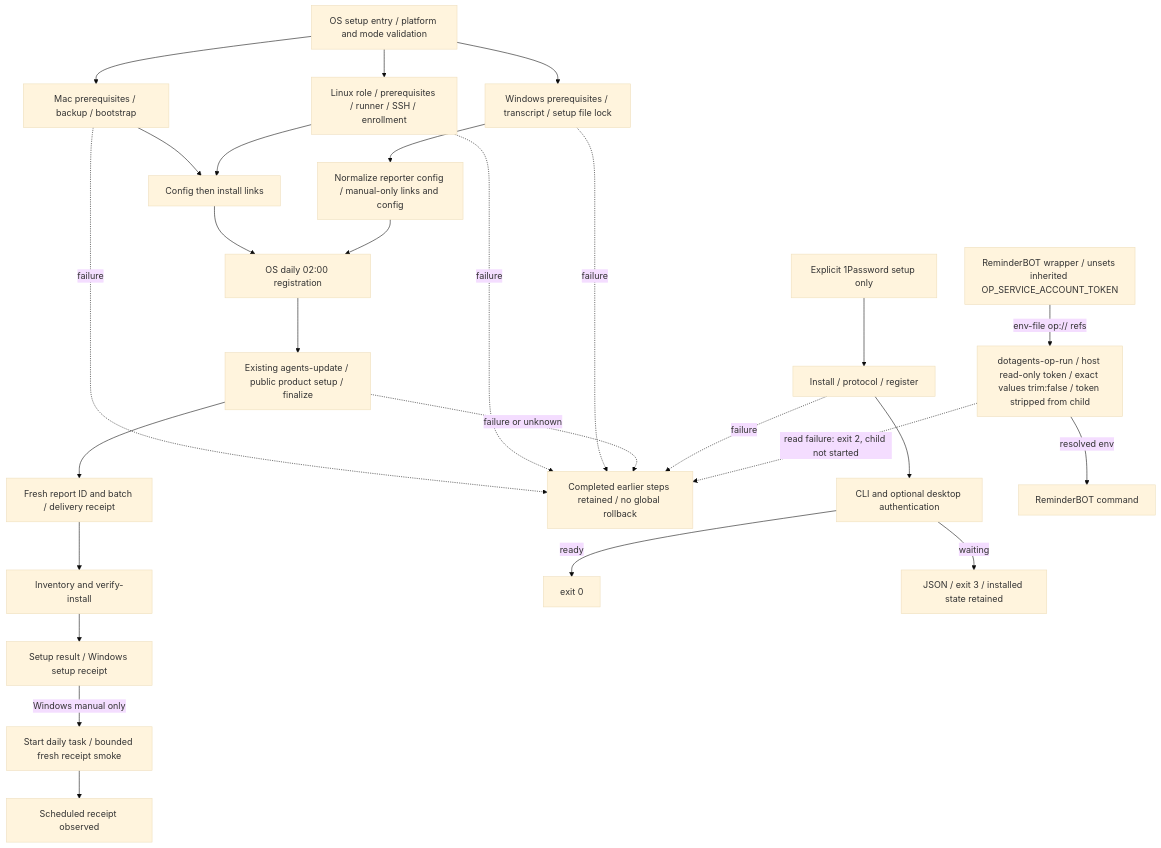
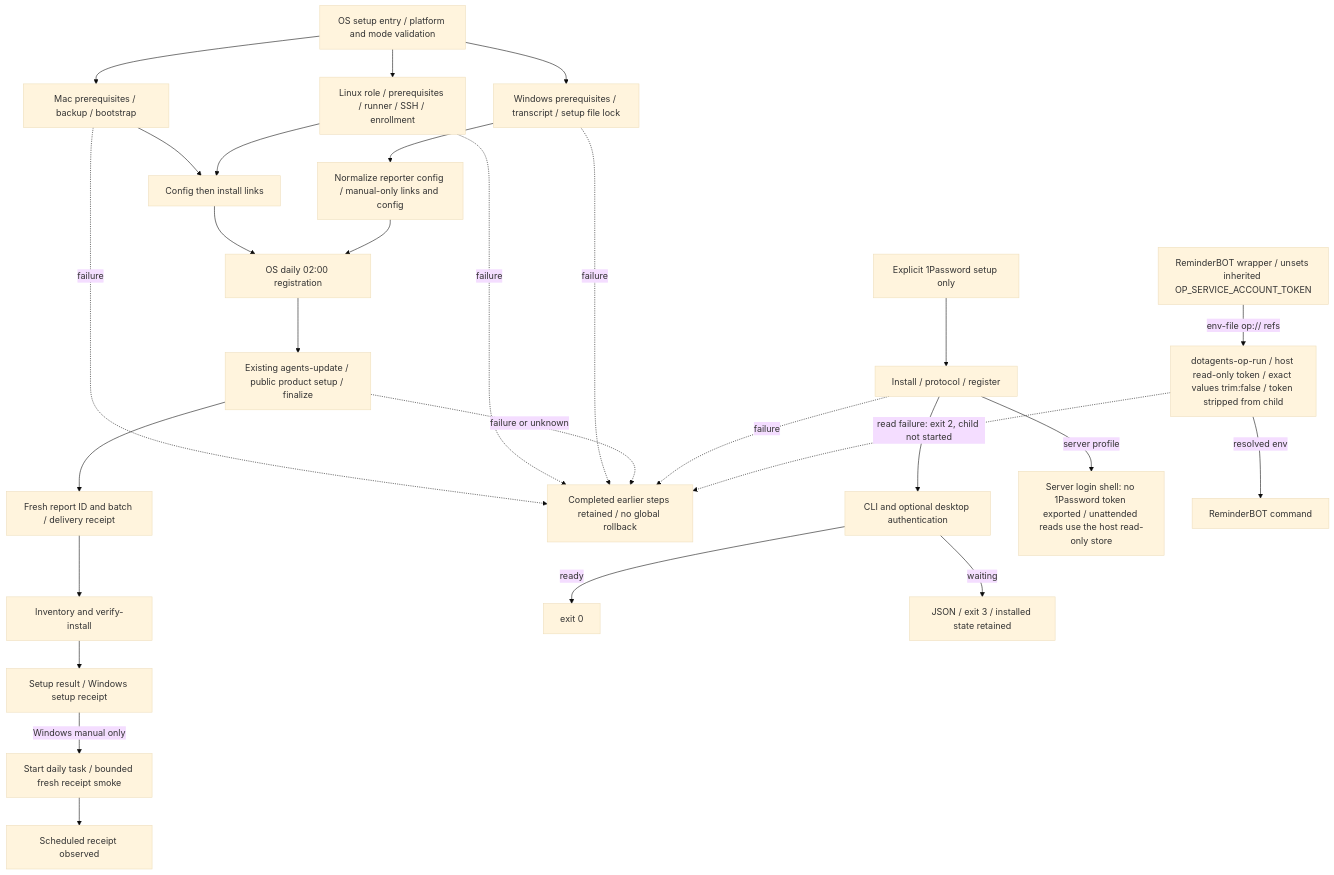
One commit to kitepon/dotagents changed the diagram in docs/feature-map/setup.mmd. Above: the diagram before and after it, drawn with Mermaid (base theme). The commit also changed 4 other files, not shown here.

First line of the commit message:
Stop exporting the 開発工場 token to server login shells (#47)

```diff
--- a/docs/feature-map/setup.mmd
+++ b/docs/feature-map/setup.mmd
@@ -1,27 +1,28 @@
 flowchart TB
   entry[OS setup entry / platform and mode validation] --> mac[Mac prerequisites / backup / bootstrap]
   entry --> linux[Linux role / prerequisites / runner / SSH / enrollment]
   entry --> windows[Windows prerequisites / transcript / setup file lock]
   mac --> posix[Config then install links]
   linux --> posix
   windows --> winconfig[Normalize reporter config / manual-only links and config]
   posix --> daily[OS daily 02:00 registration]
   winconfig --> daily
   daily --> update[Existing agents-update / public product setup / finalize]
   update --> receipt[Fresh report ID and batch / delivery receipt]
   receipt --> verify[Inventory and verify-install]
   verify --> done[Setup result / Windows setup receipt]
   done -- Windows manual only --> smoke[Start daily task / bounded fresh receipt smoke]
   smoke --> accepted[Scheduled receipt observed]
   mac -. failure .-> held
   linux -. failure .-> held[Completed earlier steps retained / no global rollback]
   windows -. failure .-> held
   update -. failure or unknown .-> held
   optional[Explicit 1Password setup only] --> package[Install / protocol / register]
   package --> auth[CLI and optional desktop authentication]
   auth -- ready --> ready[exit 0]
+  package -- server profile --> nologin[Server login shell: no 1Password token exported / unattended reads use the host read-only store]
   auth -- waiting --> waiting[JSON / exit 3 / installed state retained]
   package -. failure .-> held
   reminderbot[ReminderBOT wrapper / unsets inherited OP_SERVICE_ACCOUNT_TOKEN] -- env-file op:// refs --> oprun[dotagents-op-run / host read-only token / exact values trim:false / token stripped from child]
   oprun -- resolved env --> child[ReminderBOT command]
   oprun -. read failure: exit 2, child not started .-> held
```
